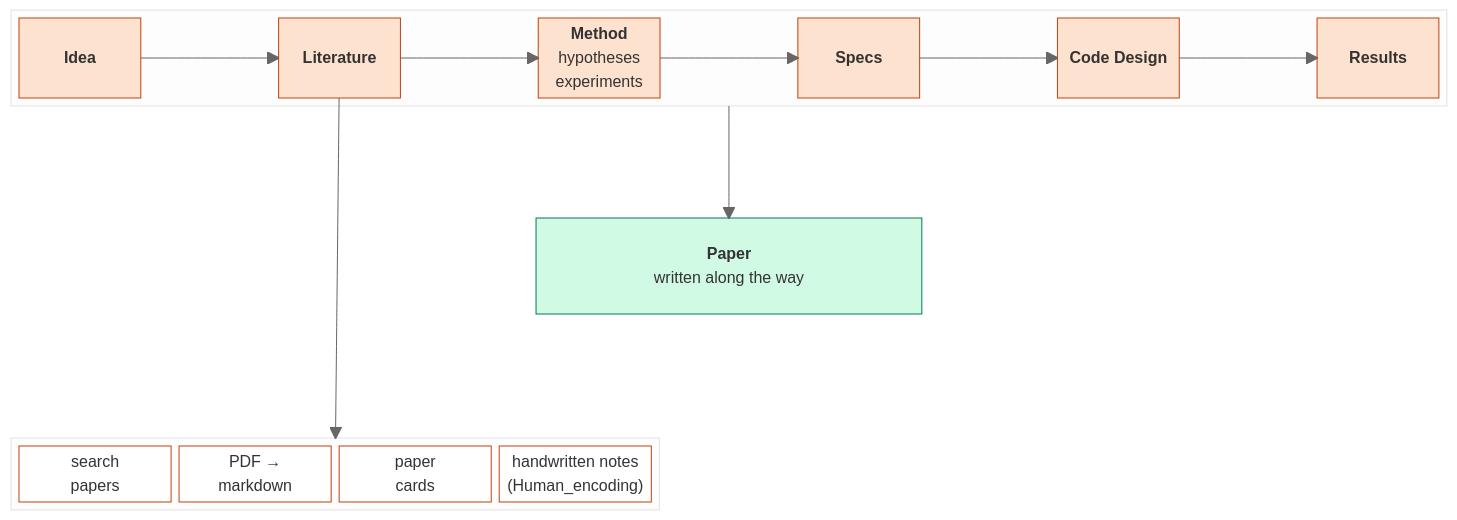
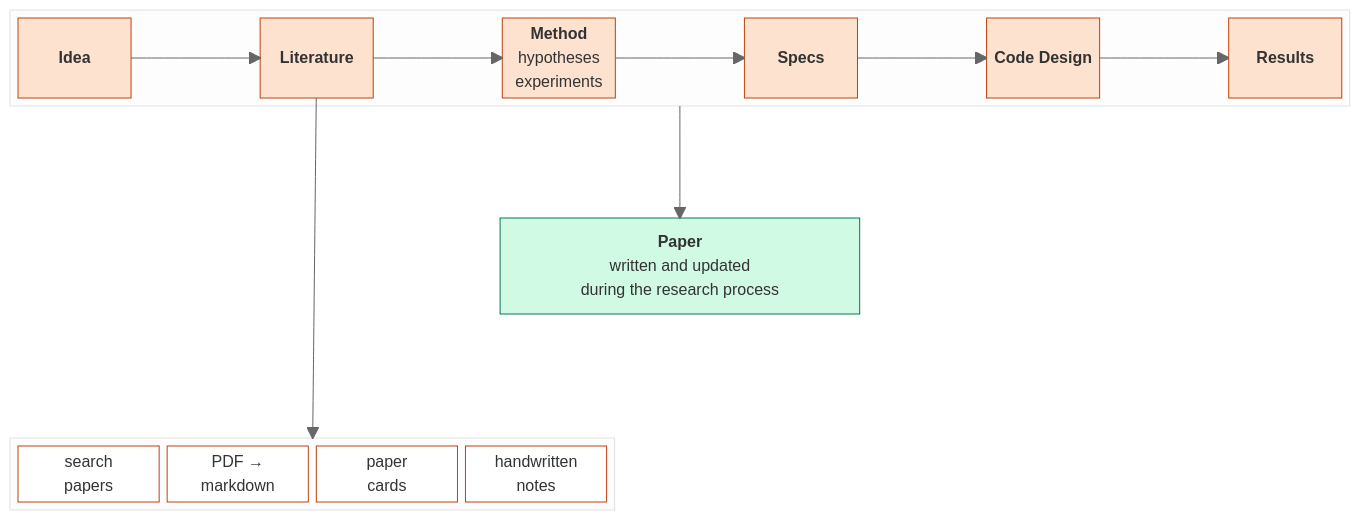
The diagram in README.md (LeonardoSani/OmniFrame), drawn with Mermaid (neutral theme) before and after one commit.

Commit message:
High-level diagram: reword the paper box, shorten the notes block

````diff
--- a/README.md
+++ b/README.md
@@ -12,30 +12,30 @@
 ```mermaid
 block-beta
   columns 11
   block:ROW:11
     I["<b>Idea</b>"] space L["<b>Literature</b>"] space M["<b>Method</b><br/>hypotheses<br/>experiments"] space S["<b>Specs</b>"] space C["<b>Code Design</b>"] space R["<b>Results</b>"]
   end
   space:11
-  space:4 P["<b>Paper</b><br/>written along the way"]:3 space:4
+  space:4 P["<b>Paper</b><br/>written and updated<br/>during the research process"]:3 space:4
   space:11
   block:LD:5
     columns 4
-    e1["search<br/>papers"] e2["PDF →<br/>markdown"] e3["paper<br/>cards"] e4["handwritten notes<br/>(Human_encoding)"]
+    e1["search<br/>papers"] e2["PDF →<br/>markdown"] e3["paper<br/>cards"] e4["handwritten<br/>notes"]
   end
   space:6
 
   I --> L
   L --> M
   M --> S
   S --> C
   C --> R
   ROW --> P
   L --> LD
 
   classDef step fill:#fde2cf,stroke:#c2410c,color:#111
   classDef paper fill:#d1fae5,stroke:#047857,color:#111
   classDef zoom fill:#fff,stroke:#c2410c,color:#111
   class I,L,M,S,C,R step
   class P paper
   class e1,e2,e3,e4 zoom
 ```
````
